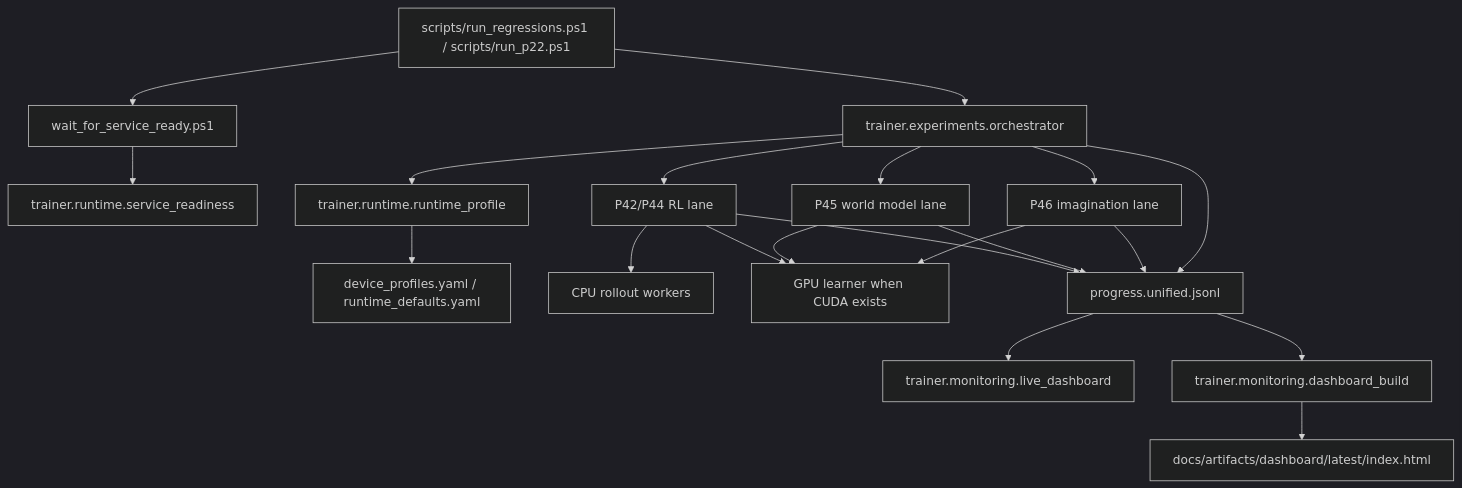
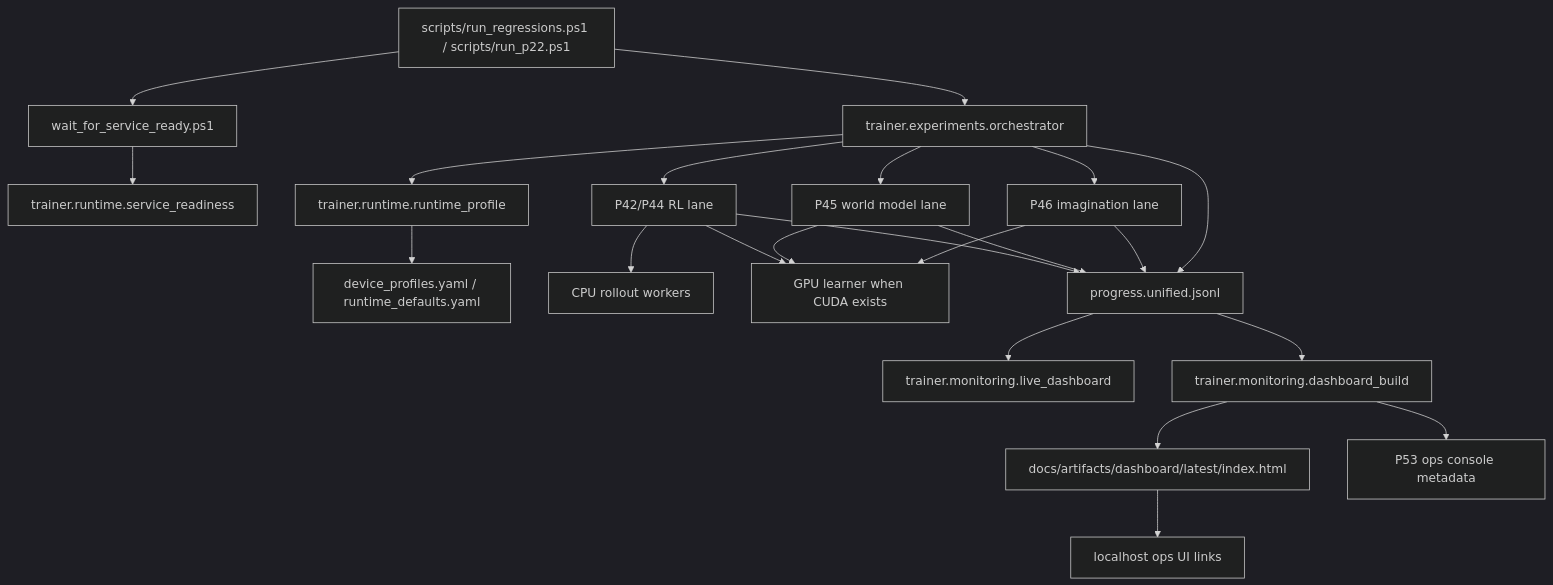
The diagram in docs/P49_GPU_MAINLINE_AND_DASHBOARD.md (XcapeAxis/BalatroAI), drawn with Mermaid (dark theme) before and after one commit. The commit also changed other lines of this file and 5 other files, not shown here.

Commit message:
docs: document background execution and local ops console (P53)

````diff
--- a/docs/P49_GPU_MAINLINE_AND_DASHBOARD.md
+++ b/docs/P49_GPU_MAINLINE_AND_DASHBOARD.md
@@ -16,22 +17,24 @@
 ```mermaid
 flowchart TD
   A["scripts/run_regressions.ps1 / scripts/run_p22.ps1"] --> B["wait_for_service_ready.ps1"]
   B --> C["trainer.runtime.service_readiness"]
   A --> D["trainer.experiments.orchestrator"]
   D --> E["trainer.runtime.runtime_profile"]
   E --> F["device_profiles.yaml / runtime_defaults.yaml"]
   D --> G["P42/P44 RL lane"]
   D --> H["P45 world model lane"]
   D --> I["P46 imagination lane"]
   G --> J["CPU rollout workers"]
   G --> K["GPU learner when CUDA exists"]
   H --> K
   I --> K
   G --> L["progress.unified.jsonl"]
   H --> L
   I --> L
   D --> L
   L --> M["trainer.monitoring.live_dashboard"]
   L --> N["trainer.monitoring.dashboard_build"]
   N --> O["docs/artifacts/dashboard/latest/index.html"]
+  N --> P["P53 ops console metadata"]
+  O --> Q["localhost ops UI links"]
 ```
````
